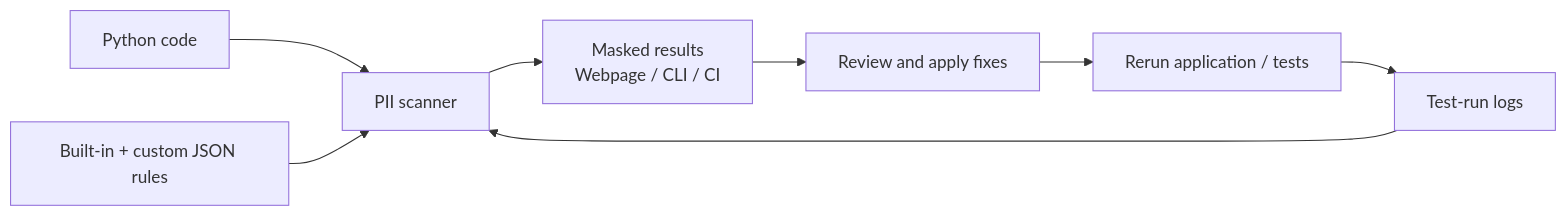
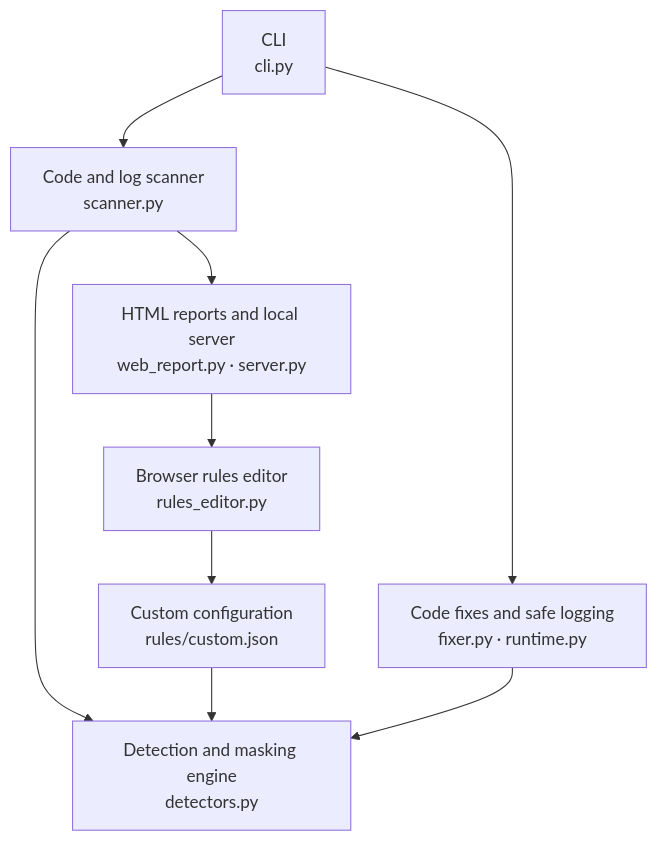
The diagram in README.md (TisuPaper/bob), drawn with Mermaid before and after one commit. The commit also changed other lines of this file and 1 other file, not shown here.

````diff
--- a/README.md
+++ b/README.md
@@ -41,10 +40,11 @@
 ```mermaid
-flowchart LR
-    Code["Python code"] --> Scan["PII scanner"]
-    Logs["Test-run logs"] --> Scan
-    Rules["Built-in + custom JSON rules"] --> Scan
-    Scan --> Results["Masked results<br/>Webpage / CLI / CI"]
-    Results --> Review["Review and apply fixes"]
-    Review --> Rerun["Rerun application / tests"]
-    Rerun --> Logs
+flowchart TD
+    CLI["CLI<br/>cli.py"] --> Scanner["Code and log scanner<br/>scanner.py"]
+    CLI --> Repair["Code fixes and safe logging<br/>fixer.py · runtime.py"]
+    Scanner --> Engine["Detection and masking engine<br/>detectors.py"]
+    Repair --> Engine
+    Scanner --> Web["HTML reports and local server<br/>web_report.py · server.py"]
+    Web --> Editor["Browser rules editor<br/>rules_editor.py"]
+    Editor --> Rules["Custom configuration<br/>rules/custom.json"]
+    Rules --> Engine
 ```
````
